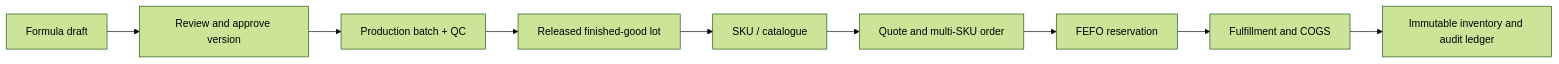
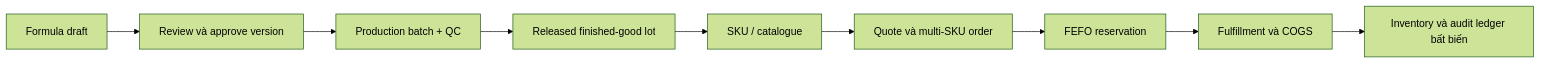
The fourth of 5 diagrams in README.md (MutAquaticStudio/OlfactoryOps), drawn with Mermaid (forest theme) before and after one commit. The commit also changed other lines of this file, not shown here.

````diff
--- a/README.md
+++ b/README.md
@@ -132,11 +132,11 @@
-```mermaid
+~~~mermaid
 flowchart LR
-  Draft["Formula draft"] --> Review["Review and approve version"]
+  Draft["Formula draft"] --> Review["Review và approve version"]
   Review --> Batch["Production batch + QC"]
   Batch --> FinishedLot["Released finished-good lot"]
   FinishedLot --> SKU["SKU / catalogue"]
-  SKU --> Quote["Quote and multi-SKU order"]
+  SKU --> Quote["Quote và multi-SKU order"]
   Quote --> Reserve["FEFO reservation"]
-  Reserve --> Fulfill["Fulfillment and COGS"]
-  Fulfill --> Ledger["Immutable inventory and audit ledger"]
-```
+  Reserve --> Fulfill["Fulfillment và COGS"]
+  Fulfill --> Ledger["Inventory và audit ledger bất biến"]
+~~~
````
